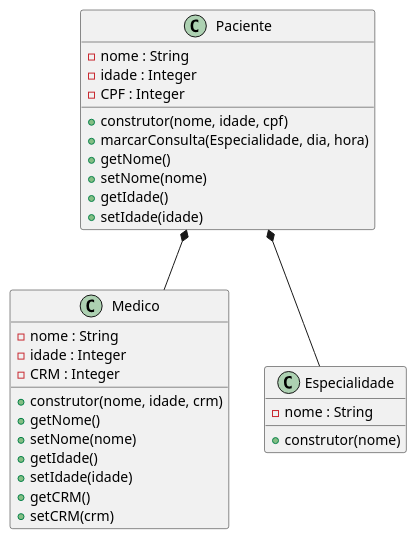
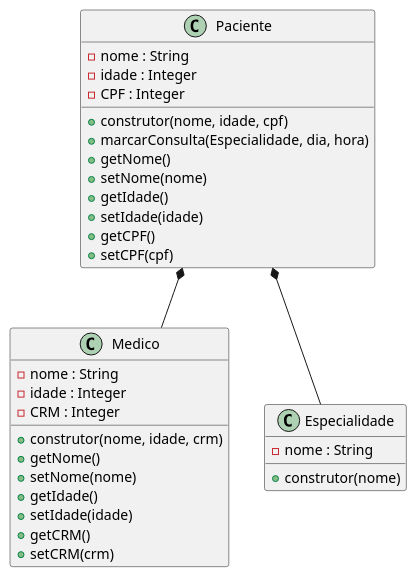
Before and after one commit to anleaes/2022-1-N2-POO-03: the diagram in diagrama.plantuml, drawn with PlantUML.

Commit message:
colocado getCPF e setCPF na classe paciente

```diff
--- a/diagrama.plantuml
+++ b/diagrama.plantuml
@@ -1,36 +1,38 @@
 @startuml Gerenciamento de Exames Medicos
 
     class Paciente{
         - nome : String
         - idade : Integer
         - CPF : Integer
         + construtor(nome, idade, cpf)
         + marcarConsulta(Especialidade, dia, hora)
         + getNome()
         + setNome(nome)
         + getIdade()
         + setIdade(idade)
+        + getCPF()
+        + setCPF(cpf)
     }
 
     class Medico{
         - nome : String
         - idade : Integer
         - CRM : Integer
         + construtor(nome, idade, crm)
         + getNome()
         + setNome(nome)
         + getIdade()
         + setIdade(idade)
         + getCRM()
         + setCRM(crm)
     }
 
     class Especialidade{
         - nome : String
         + construtor(nome)
     }
 
     Paciente *-- Medico
     Paciente *-- Especialidade
 
 @enduml
```
